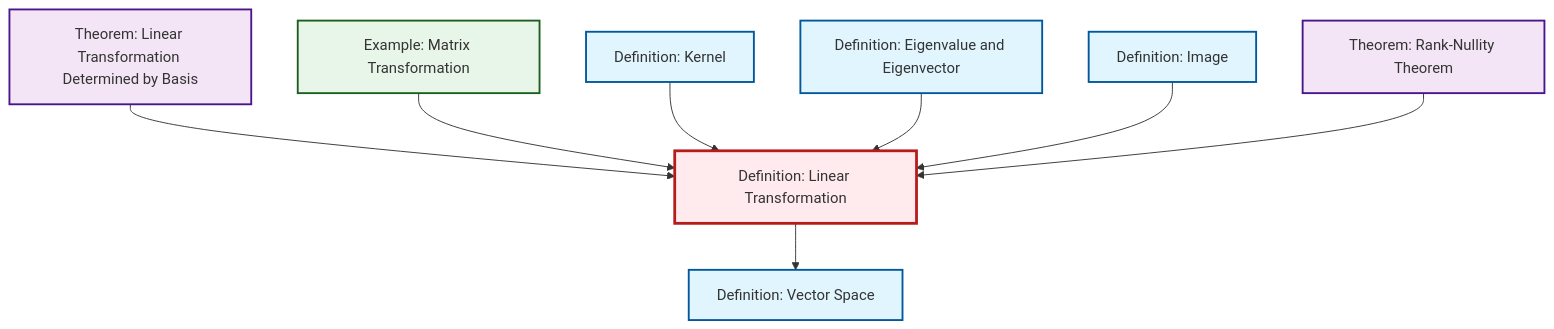
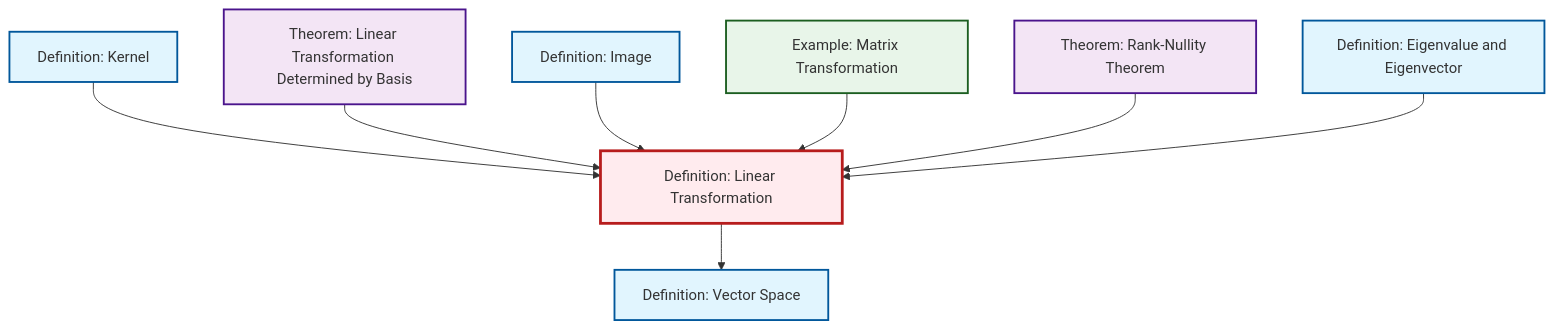
One commit to RK0429/ModernMath changed the diagram in content/en/algebra/def-linear-transformation.qmd. Above: the diagram before and after it, drawn with Mermaid. The commit also changed other lines of this file and 615 other files, not shown here.

````diff
--- a/content/en/algebra/def-linear-transformation.qmd
+++ b/content/en/algebra/def-linear-transformation.qmd
@@ -45,32 +45,32 @@
 ```{mermaid}
 %%| fig-cap: "Local dependency graph"
 graph TD
     classDef definition fill:#e1f5fe,stroke:#01579b,stroke-width:2px
     classDef theorem fill:#f3e5f5,stroke:#4a148c,stroke-width:2px
     classDef axiom fill:#fff3e0,stroke:#e65100,stroke-width:2px
     classDef example fill:#e8f5e9,stroke:#1b5e20,stroke-width:2px
     classDef current fill:#ffebee,stroke:#b71c1c,stroke-width:3px
+    def-linear-transformation["Definition: Linear Transformation"]:::definition
     def-image["Definition: Image"]:::definition
-    def-linear-transformation["Definition: Linear Transformation"]:::definition
+    def-kernel["Definition: Kernel"]:::definition
     thm-linear-transformation-basis["Theorem: Linear Transformation Determined by Basis"]:::theorem
     ex-matrix-transformation["Example: Matrix Transformation"]:::example
-    def-vector-space["Definition: Vector Space"]:::definition
-    def-kernel["Definition: Kernel"]:::definition
     thm-rank-nullity["Theorem: Rank-Nullity Theorem"]:::theorem
     def-eigenvalue-eigenvector["Definition: Eigenvalue and Eigenvector"]:::definition
+    def-vector-space["Definition: Vector Space"]:::definition
+    def-linear-transformation --> def-vector-space
+    def-kernel --> def-linear-transformation
     thm-linear-transformation-basis --> def-linear-transformation
+    def-image --> def-linear-transformation
     ex-matrix-transformation --> def-linear-transformation
-    def-kernel --> def-linear-transformation
+    thm-rank-nullity --> def-linear-transformation
     def-eigenvalue-eigenvector --> def-linear-transformation
-    def-image --> def-linear-transformation
-    def-linear-transformation --> def-vector-space
-    thm-rank-nullity --> def-linear-transformation
     class def-linear-transformation current
     click def-image "def-image.html" "Go to Image definition"
+    click def-kernel "def-kernel.html" "Go to Kernel definition"
     click thm-linear-transformation-basis "thm-linear-transformation-basis.html" "Go to Linear Transformation Determined by Basis theorem"
     click ex-matrix-transformation "ex-matrix-transformation.html" "Go to Matrix Transformation example"
-    click def-vector-space "def-vector-space.html" "Go to Vector Space definition"
-    click def-kernel "def-kernel.html" "Go to Kernel definition"
     click thm-rank-nullity "thm-rank-nullity.html" "Go to Rank-Nullity Theorem theorem"
     click def-eigenvalue-eigenvector "def-eigenvalue-eigenvector.html" "Go to Eigenvalue and Eigenvector definition"
+    click def-vector-space "def-vector-space.html" "Go to Vector Space definition"
 ```
````
